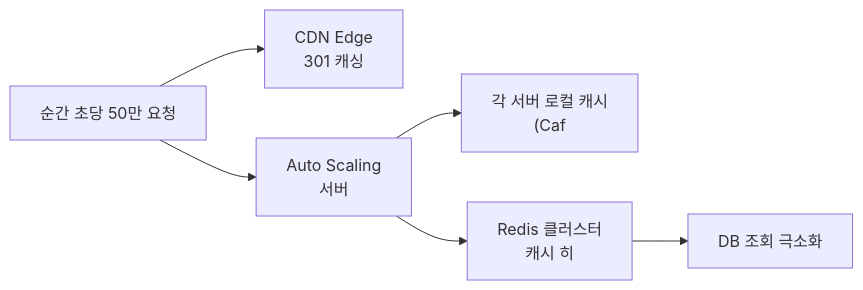
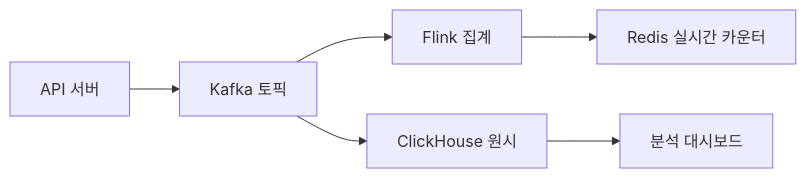
The sixth of 6 diagrams in _posts/systemdesign/2026-05-02-system-design-url-shortener.md (yjkim2015/yjkim2015.github.io), drawn with Mermaid before and after one commit. The commit also changed other lines of this file and 4 other files, not shown here.

````diff
--- a/_posts/systemdesign/2026-05-02-system-design-url-shortener.md
+++ b/_posts/systemdesign/2026-05-02-system-design-url-shortener.md
@@ -360,8 +588,8 @@
 ```mermaid
 graph LR
-    Traffic["순간 초당 50만 요청"] --> CDN["CDN Edge<br>301 캐싱"]
-    Traffic --> LB["Auto Scaling<br>서버"]
-    LB --> LocalCache["각 서버 로컬 캐시<br>(Caf"]
-    LB --> Redis["Redis 클러스터<br>캐시 히"]
-    Redis --> DB["DB 조회 극소화"]
+    API["API 서버"] --> Kafka["Kafka 토픽"]
+    Kafka --> Flink["Flink 집계"]
+    Kafka --> CH["ClickHouse 원시"]
+    Flink --> Redis["Redis 실시간 카운터"]
+    CH --> Dash["분석 대시보드"]
 ```
````
